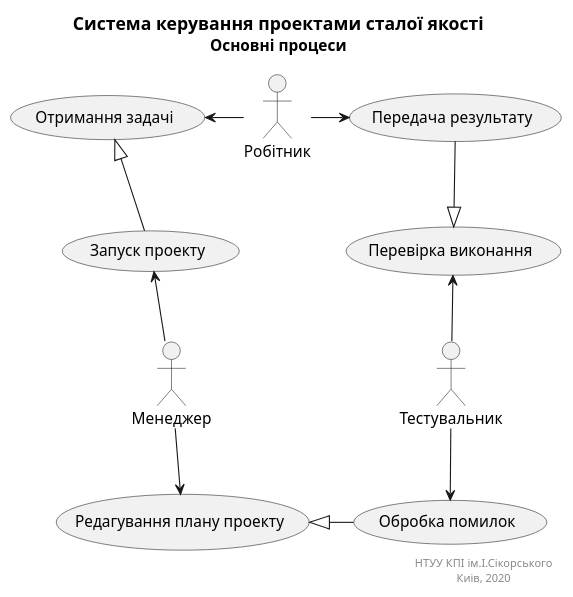
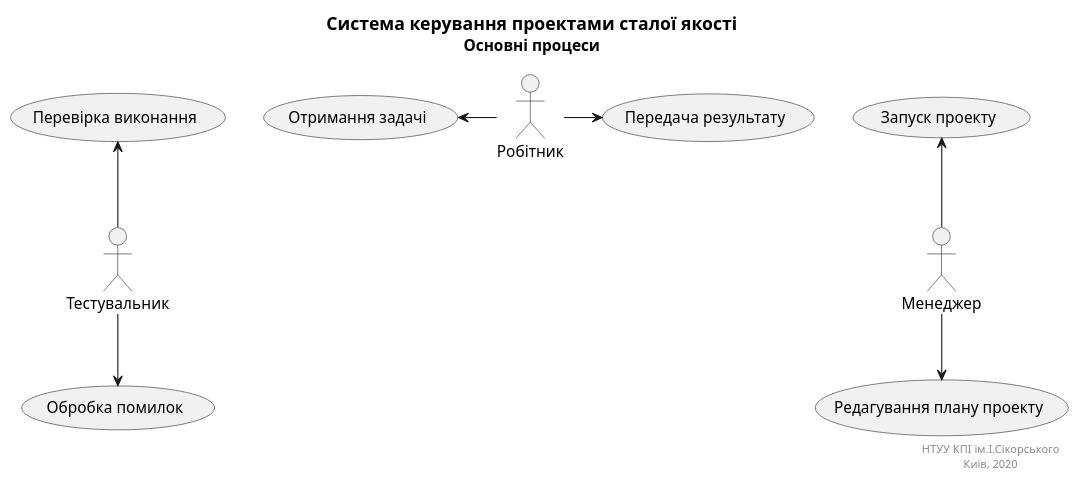
The diagram in docs/puml/main.puml (Jirobus/Core), drawn with PlantUML before and after one commit.

Commit message:
Removed extra arrows

```diff
--- a/docs/puml/main.puml
+++ b/docs/puml/main.puml
@@ -1,36 +1,32 @@
 @startuml mainUCD
 
 title
 <font size=16 color=black>Система керування проектами сталої якості
 <font size=14 color=black>Основні процеси
 end title
 
 actor "Робітник" as Worker
 actor "Менеджер" as Manager
 actor "Тестувальник" as QA
 
 usecase "Редагування плану проекту" as editProjectUC
 usecase "Запуск проекту" as runProjectUC
 usecase "Отримання задачі" as getTaskUC
 usecase "Передача результату" as resolveTaskUC
 usecase "Перевірка виконання" as handleResultUC
 usecase "Обробка помилок" as handleErrorsUC
 
-runProjectUC -u-|> getTaskUC
-resolveTaskUC -d-|> handleResultUC
-handleErrorsUC -l-|> editProjectUC
-
 Manager -d-> editProjectUC
 Manager -u-> runProjectUC
 
 Worker -l-> getTaskUC
 Worker -r-> resolveTaskUC
 
 QA -u-> handleResultUC
 QA -d-> handleErrorsUC
 
 right footer
 НТУУ КПІ ім.І.Сікорського
 Киів, 2020 
 end footer
 @enduml
```
